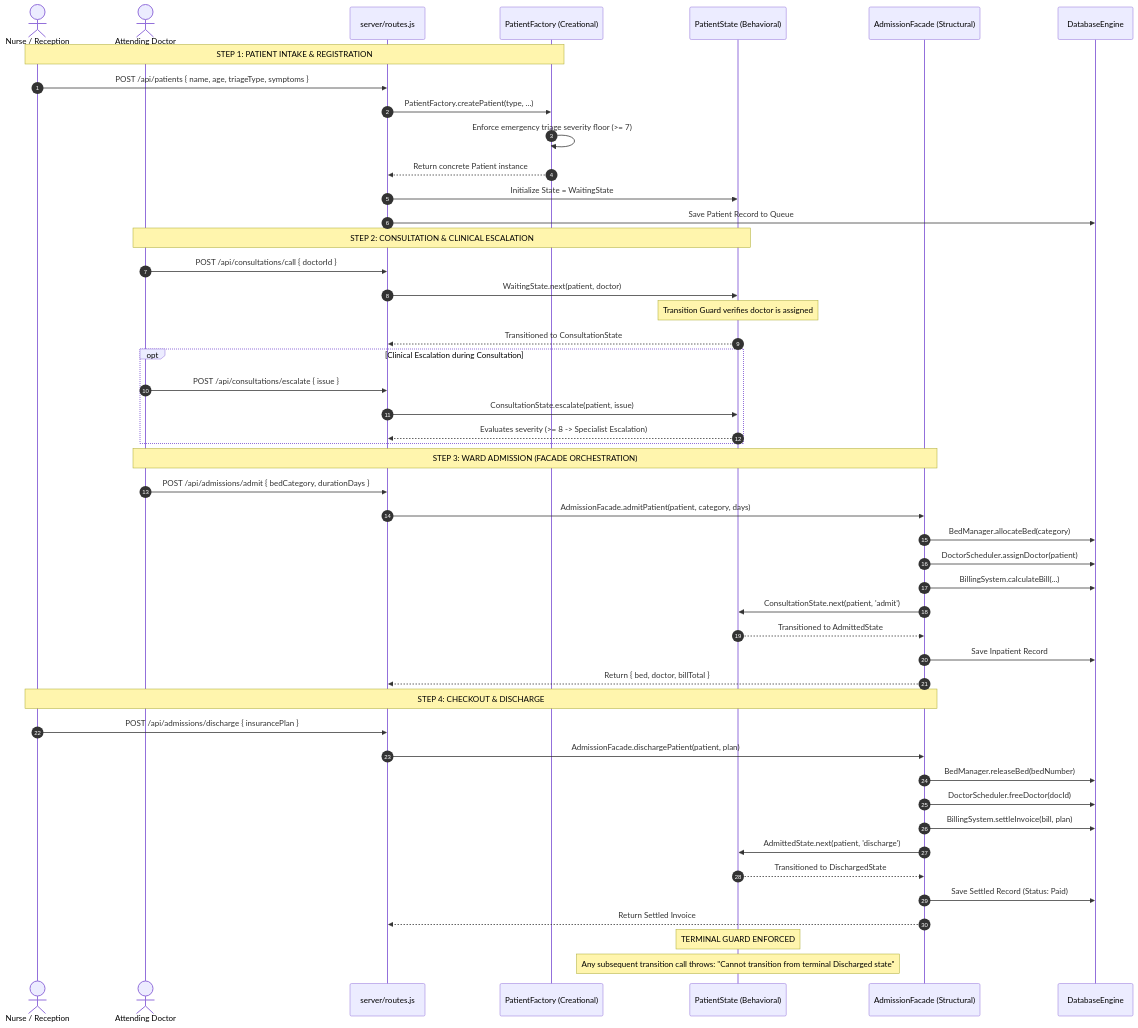
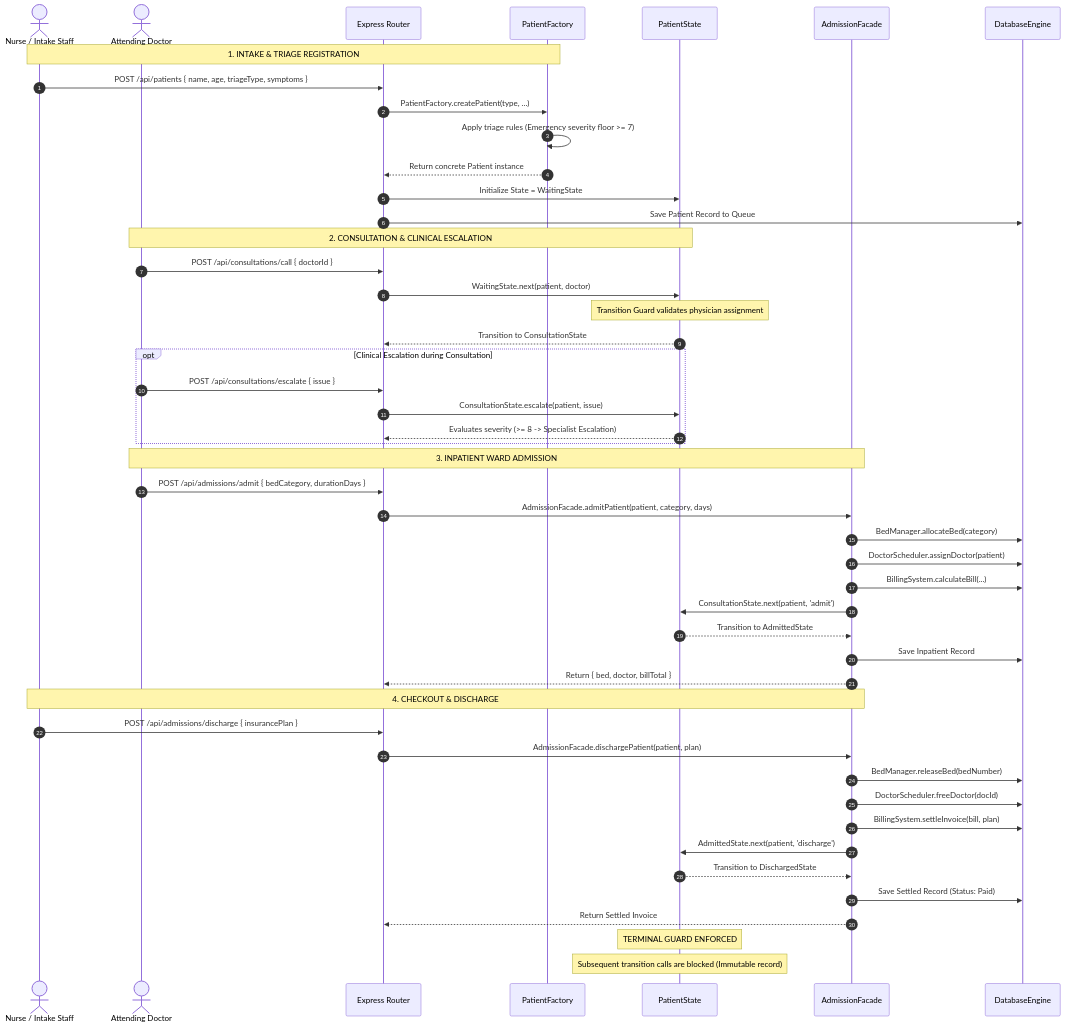
One commit to divitha2005-hub/Hospital-Queue changed the second of 2 diagrams in README.md. Above: the diagram before and after it, drawn with Mermaid. The commit also changed other lines of this file and 14 other files, not shown here.

````diff
--- a/README.md
+++ b/README.md
@@ -128,56 +110,56 @@
 ```mermaid
 sequenceDiagram
     autonumber
-    actor Nurse as Nurse / Reception
+    actor Nurse as Nurse / Intake Staff
     actor Doctor as Attending Doctor
-    participant Routes as server/routes.js
-    participant Factory as PatientFactory (Creational)
-    participant State as PatientState (Behavioral)
-    participant Facade as AdmissionFacade (Structural)
+    participant Routes as Express Router
+    participant Factory as PatientFactory
+    participant State as PatientState
+    participant Facade as AdmissionFacade
     participant DB as DatabaseEngine
 
-    Note over Nurse, Factory: STEP 1: PATIENT INTAKE & REGISTRATION
+    Note over Nurse, Factory: 1. INTAKE & TRIAGE REGISTRATION
     Nurse->>Routes: POST /api/patients { name, age, triageType, symptoms }
     Routes->>Factory: PatientFactory.createPatient(type, ...)
-    Factory->>Factory: Enforce emergency triage severity floor (>= 7)
+    Factory->>Factory: Apply triage rules (Emergency severity floor >= 7)
     Factory-->>Routes: Return concrete Patient instance
     Routes->>State: Initialize State = WaitingState
     Routes->>DB: Save Patient Record to Queue
 
-    Note over Doctor, State: STEP 2: CONSULTATION & CLINICAL ESCALATION
+    Note over Doctor, State: 2. CONSULTATION & CLINICAL ESCALATION
     Doctor->>Routes: POST /api/consultations/call { doctorId }
     Routes->>State: WaitingState.next(patient, doctor)
-    Note over State: Transition Guard verifies doctor is assigned
-    State-->>Routes: Transitioned to ConsultationState
+    Note over State: Transition Guard validates physician assignment
+    State-->>Routes: Transition to ConsultationState
     
     opt Clinical Escalation during Consultation
         Doctor->>Routes: POST /api/consultations/escalate { issue }
         Routes->>State: ConsultationState.escalate(patient, issue)
         State-->>Routes: Evaluates severity (>= 8 -> Specialist Escalation)
     end
 
-    Note over Doctor, Facade: STEP 3: WARD ADMISSION (FACADE ORCHESTRATION)
+    Note over Doctor, Facade: 3. INPATIENT WARD ADMISSION
     Doctor->>Routes: POST /api/admissions/admit { bedCategory, durationDays }
     Routes->>Facade: AdmissionFacade.admitPatient(patient, category, days)
     Facade->>DB: BedManager.allocateBed(category)
     Facade->>DB: DoctorScheduler.assignDoctor(patient)
     Facade->>DB: BillingSystem.calculateBill(...)
     Facade->>State: ConsultationState.next(patient, 'admit')
-    State-->>Facade: Transitioned to AdmittedState
+    State-->>Facade: Transition to AdmittedState
     Facade->>DB: Save Inpatient Record
     Facade-->>Routes: Return { bed, doctor, billTotal }
 
-    Note over Nurse, Facade: STEP 4: CHECKOUT & DISCHARGE
+    Note over Nurse, Facade: 4. CHECKOUT & DISCHARGE
     Nurse->>Routes: POST /api/admissions/discharge { insurancePlan }
     Routes->>Facade: AdmissionFacade.dischargePatient(patient, plan)
     Facade->>DB: BedManager.releaseBed(bedNumber)
     Facade->>DB: DoctorScheduler.freeDoctor(docId)
     Facade->>DB: BillingSystem.settleInvoice(bill, plan)
     Facade->>State: AdmittedState.next(patient, 'discharge')
-    State-->>Facade: Transitioned to DischargedState
+    State-->>Facade: Transition to DischargedState
     Facade->>DB: Save Settled Record (Status: Paid)
     Facade-->>Routes: Return Settled Invoice
 
     Note over State: TERMINAL GUARD ENFORCED
-    Note over State: Any subsequent transition call throws: "Cannot transition from terminal Discharged state"
+    Note over State: Subsequent transition calls are blocked (Immutable record)
 ```
````
